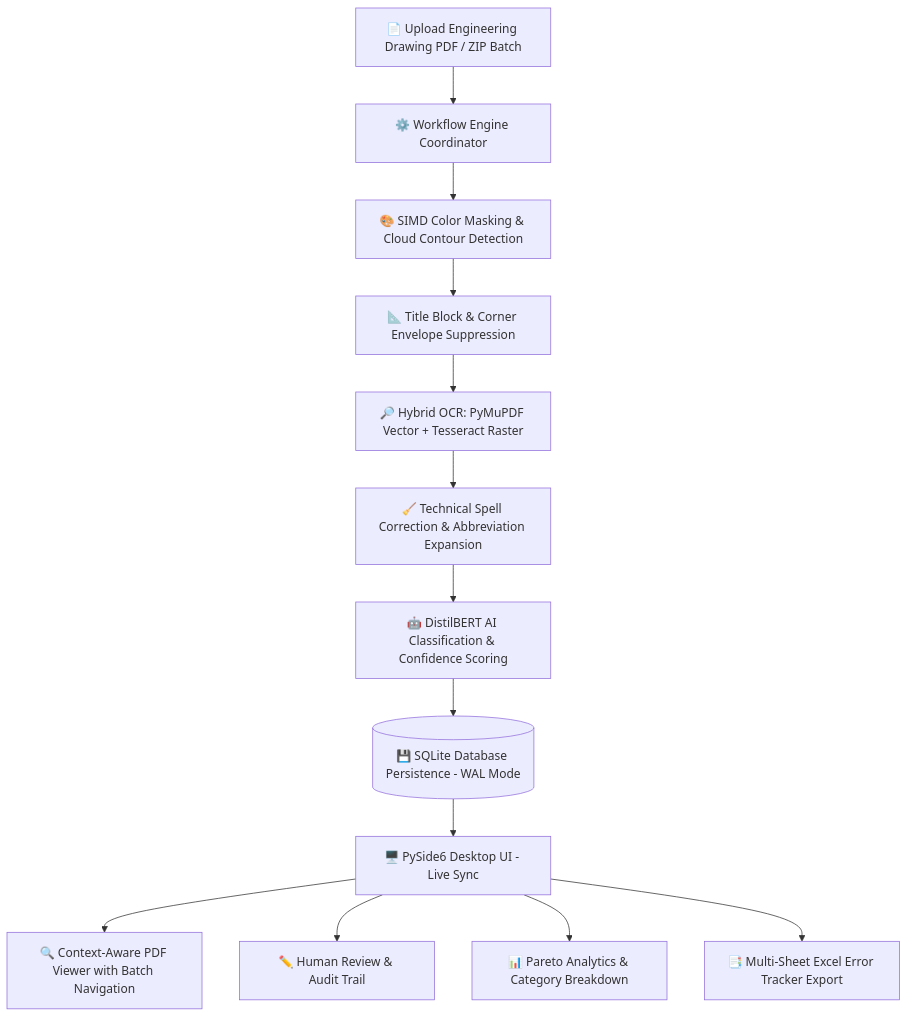
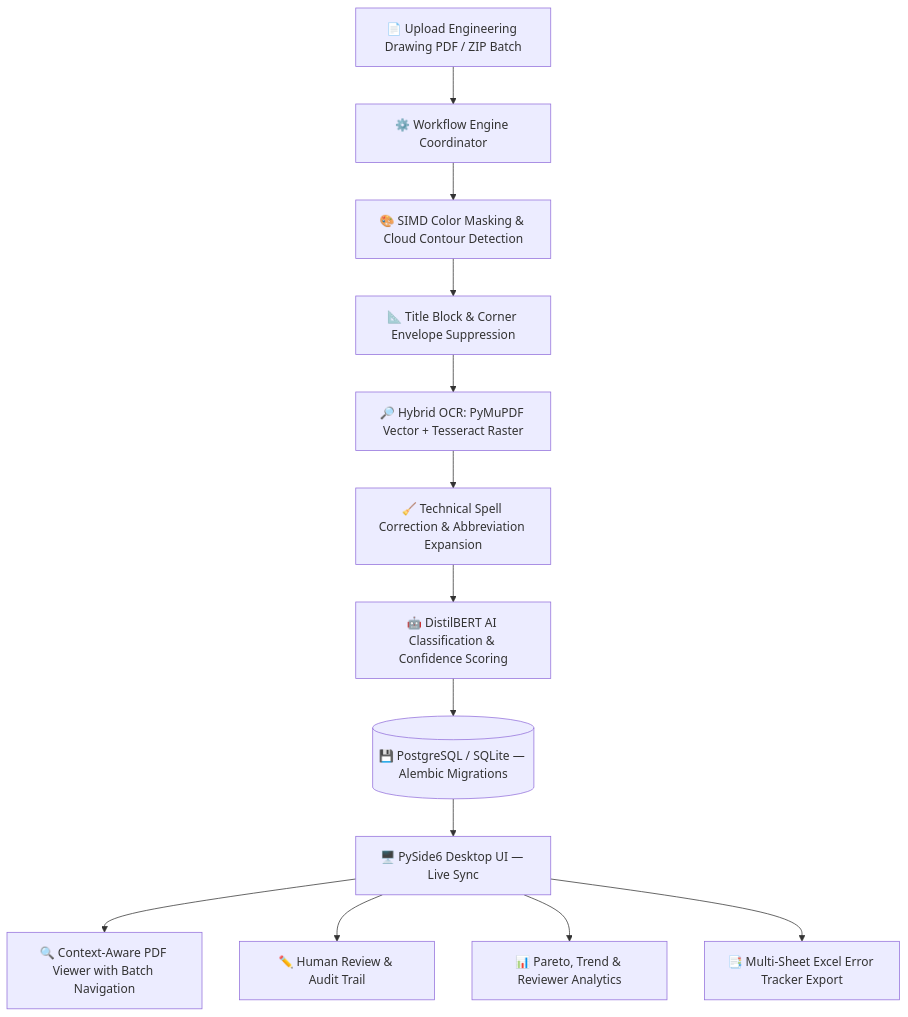
Before and after one commit to Swapnaja14/UCC-AI-Drawing-Review-Comment-Analyzer-Intelligence-Hub: the diagram in README.md, drawn with Mermaid. The commit also changed other lines of this file and 5 other files, not shown here.

Commit message:
docs: comprehensive README rewrite with PostgreSQL, analytics, architecture and .exe guide; fix registry-aware config resolution; update .spec

````diff
--- a/README.md
+++ b/README.md
@@ -107,15 +134,15 @@
 ```mermaid
 flowchart TD
-    A[📄 Upload Engineering Drawing PDF / ZIP Batch] --> B[⚙️ Workflow Engine Coordinator]
-    B --> C[🎨 SIMD Color Masking & Cloud Contour Detection]
-    C --> D[📐 Title Block & Corner Envelope Suppression]
-    D --> E[🔎 Hybrid OCR: PyMuPDF Vector + Tesseract Raster]
-    E --> F[🧹 Technical Spell Correction & Abbreviation Expansion]
-    F --> G[🤖 DistilBERT AI Classification & Confidence Scoring]
-    G --> H[(💾 SQLite Database Persistence - WAL Mode)]
-    H --> I[🖥️ PySide6 Desktop UI - Live Sync]
-    I --> J[🔍 Context-Aware PDF Viewer with Batch Navigation]
-    I --> K[✏️ Human Review & Audit Trail]
-    I --> L[📊 Pareto Analytics & Category Breakdown]
-    I --> M[📑 Multi-Sheet Excel Error Tracker Export]
+    A["📄 Upload Engineering Drawing PDF / ZIP Batch"] --> B["⚙️ Workflow Engine Coordinator"]
+    B --> C["🎨 SIMD Color Masking & Cloud Contour Detection"]
+    C --> D["📐 Title Block & Corner Envelope Suppression"]
+    D --> E["🔎 Hybrid OCR: PyMuPDF Vector + Tesseract Raster"]
+    E --> F["🧹 Technical Spell Correction & Abbreviation Expansion"]
+    F --> G["🤖 DistilBERT AI Classification & Confidence Scoring"]
+    G --> H[("💾 PostgreSQL / SQLite — Alembic Migrations")]
+    H --> I["🖥️ PySide6 Desktop UI — Live Sync"]
+    I --> J["🔍 Context-Aware PDF Viewer with Batch Navigation"]
+    I --> K["✏️ Human Review & Audit Trail"]
+    I --> L["📊 Pareto, Trend & Reviewer Analytics"]
+    I --> M["📑 Multi-Sheet Excel Error Tracker Export"]
 ```
````
